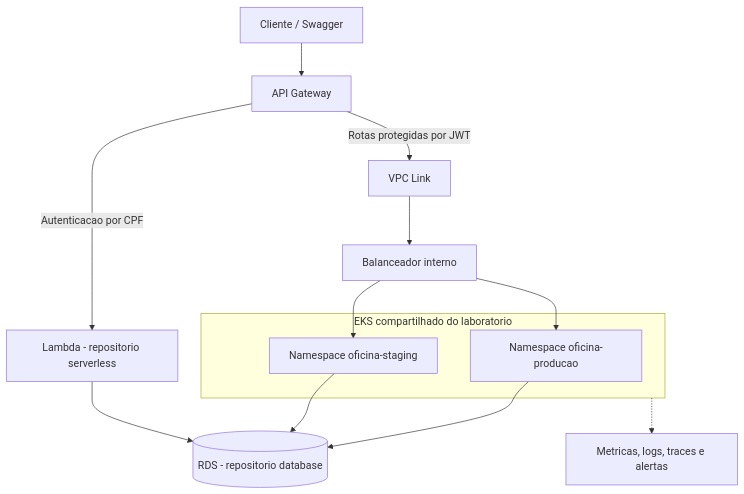
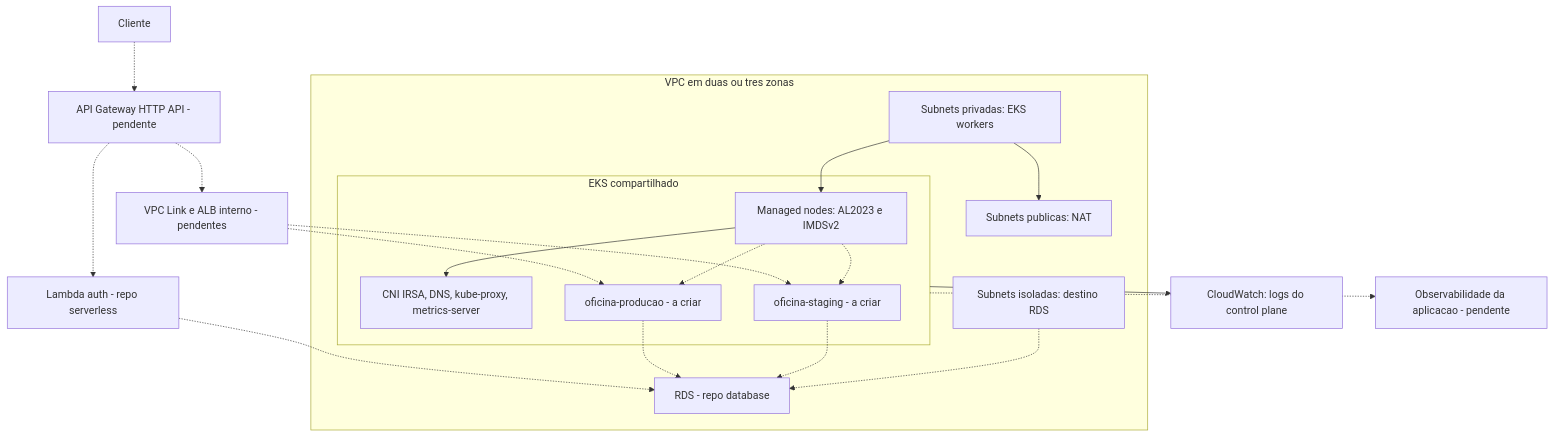
Before and after one commit to Venomouus/Oficina-infra-kubernetes: the diagram in docs/arquitetura.md, drawn with Mermaid. The commit also changed other lines of this file and 17 other files, not shown here.

Commit message:
feature: implementar fundacao AWS com VPC e EKS

````diff
--- a/docs/arquitetura.md
+++ b/docs/arquitetura.md
@@ -6,17 +6,30 @@
 ```mermaid
 flowchart TD
-    Client[Cliente / Swagger] --> Gateway[API Gateway]
-    Gateway -->|Autenticacao por CPF| Auth[Lambda - repositorio serverless]
-    Auth --> RDS[(RDS - repositorio database)]
-    Gateway -->|Rotas protegidas por JWT| Link[VPC Link]
-    Link --> LB[Balanceador interno]
-    subgraph EKS[EKS compartilhado do laboratorio]
-        Staging[Namespace oficina-staging]
-        Producao[Namespace oficina-producao]
+    Cliente[Cliente] -.-> Gateway[API Gateway HTTP API - pendente]
+    Gateway -.-> Auth[Lambda auth - repo serverless]
+    Gateway -.-> VPCLink[VPC Link e ALB interno - pendentes]
+    subgraph VPC[VPC em duas ou tres zonas]
+        Public[Subnets publicas: NAT]
+        Private[Subnets privadas: EKS workers]
+        Isolated[Subnets isoladas: destino RDS]
+        Private --> Public
+        subgraph EKS[EKS compartilhado]
+            Nodes[Managed nodes: AL2023 e IMDSv2]
+            Addons[CNI IRSA, DNS, kube-proxy, metrics-server]
+            Staging[oficina-staging - a criar]
+            Producao[oficina-producao - a criar]
+            Nodes --> Addons
+            Nodes -.-> Staging
+            Nodes -.-> Producao
+        end
+        Private --> Nodes
+        Isolated -.-> RDS[RDS - repo database]
     end
-    LB --> Staging
-    LB --> Producao
-    Staging --> RDS
-    Producao --> RDS
-    EKS -.-> Monitoring[Metricas, logs, traces e alertas]
+    VPCLink -.-> Staging
+    VPCLink -.-> Producao
+    Staging -.-> RDS
+    Producao -.-> RDS
+    Auth -.-> RDS
+    EKS --> ControlLogs[CloudWatch: logs do control plane]
+    EKS -.-> Monitor[Observabilidade da aplicacao - pendente]
 ```
````
